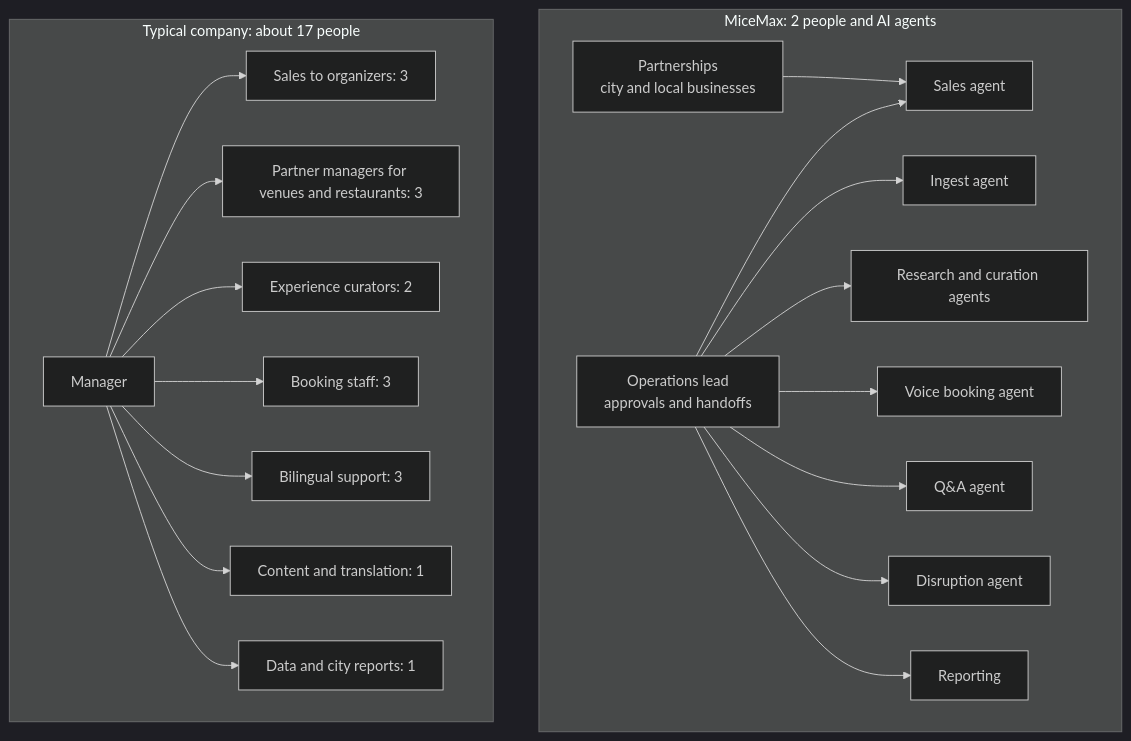
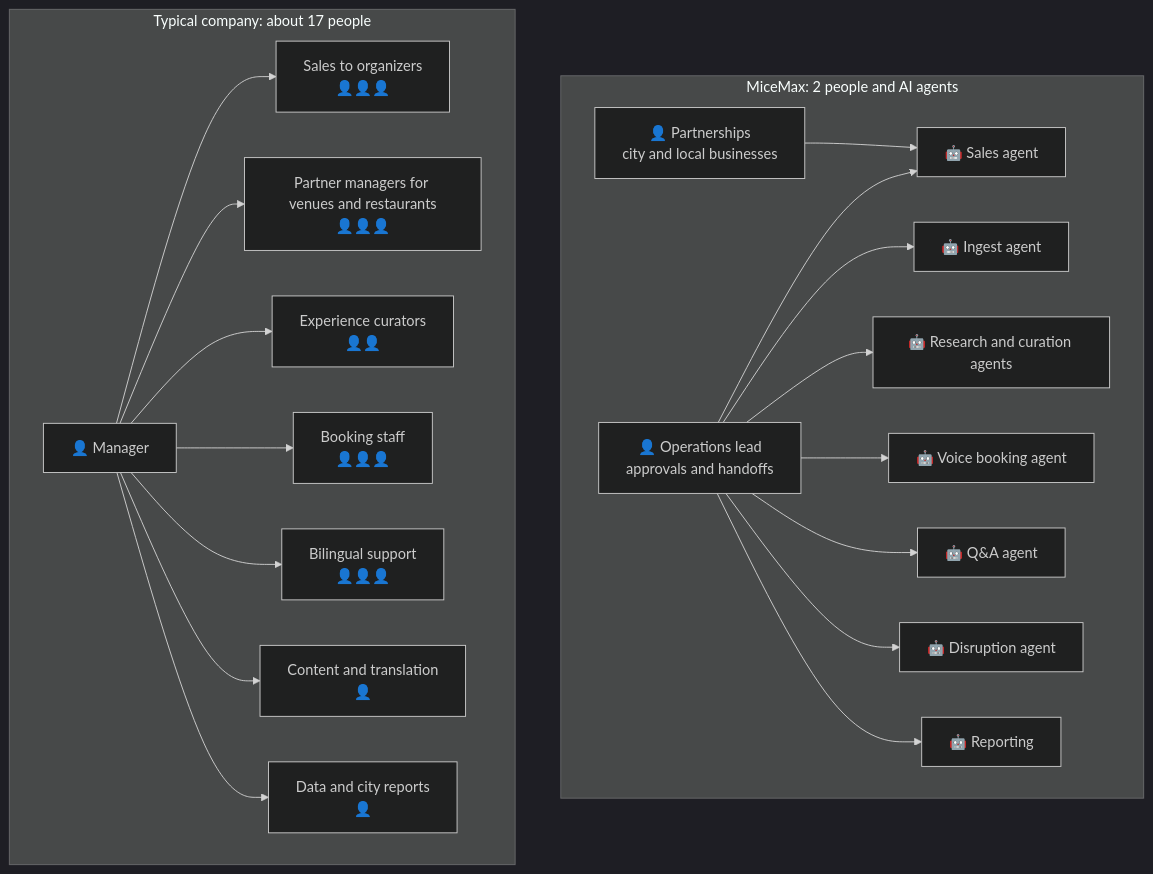
Before and after one commit to primaprashant/mice-max: the second of 2 diagrams in README.md, drawn with Mermaid (dark theme). The commit also changed other lines of this file and 1 other file, not shown here.

Commit message:
README: show org chart headcount as people emoji, keep only the extra-nights chart

````diff
--- a/README.md
+++ b/README.md
@@ -124,27 +118,27 @@
 ```mermaid
 flowchart TB
     subgraph AI["MiceMax: 2 people and AI agents"]
         direction LR
-        H1[Operations lead<br/>approvals and handoffs]
-        H2[Partnerships<br/>city and local businesses]
-        H1 --> A1[Sales agent]
-        H1 --> A2[Ingest agent]
-        H1 --> A3[Research and curation agents]
-        H1 --> A4[Voice booking agent]
-        H1 --> A5[Q&A agent]
-        H1 --> A6[Disruption agent]
-        H1 --> A7[Reporting]
+        H1[👤 Operations lead<br/>approvals and handoffs]
+        H2[👤 Partnerships<br/>city and local businesses]
+        H1 --> A1[🤖 Sales agent]
+        H1 --> A2[🤖 Ingest agent]
+        H1 --> A3[🤖 Research and curation agents]
+        H1 --> A4[🤖 Voice booking agent]
+        H1 --> A5[🤖 Q&A agent]
+        H1 --> A6[🤖 Disruption agent]
+        H1 --> A7[🤖 Reporting]
         H2 --> A1
     end
     subgraph Typical["Typical company: about 17 people"]
         direction LR
-        M[Manager]
-        M --> S[Sales to organizers: 3]
-        M --> P[Partner managers for venues and restaurants: 3]
-        M --> C[Experience curators: 2]
-        M --> B[Booking staff: 3]
-        M --> Q[Bilingual support: 3]
-        M --> W[Content and translation: 1]
-        M --> R[Data and city reports: 1]
+        M[👤 Manager]
+        M --> S[Sales to organizers<br/>👤👤👤]
+        M --> P[Partner managers for venues and restaurants<br/>👤👤👤]
+        M --> C[Experience curators<br/>👤👤]
+        M --> B[Booking staff<br/>👤👤👤]
+        M --> Q[Bilingual support<br/>👤👤👤]
+        M --> W[Content and translation<br/>👤]
+        M --> R[Data and city reports<br/>👤]
     end
 ```
````
